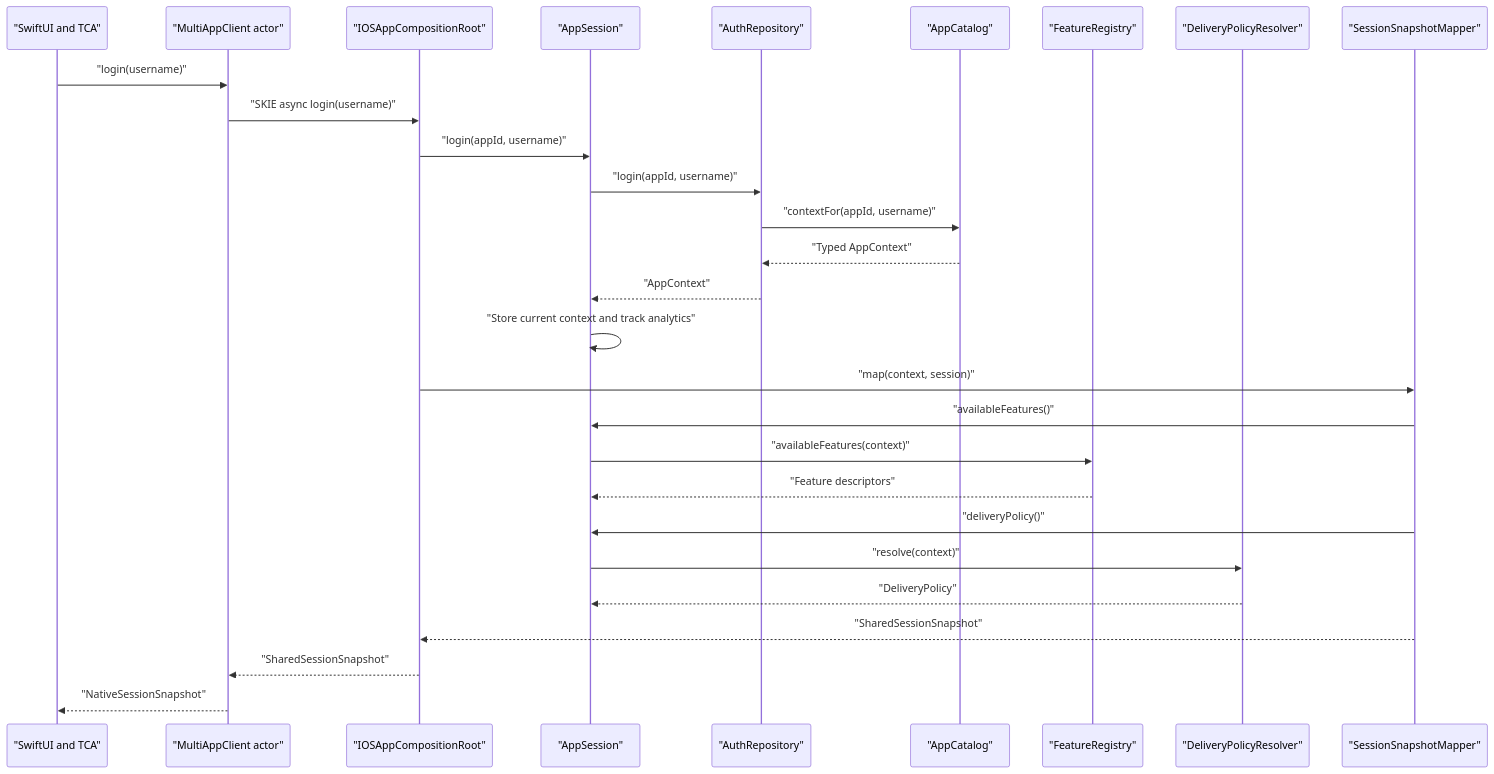
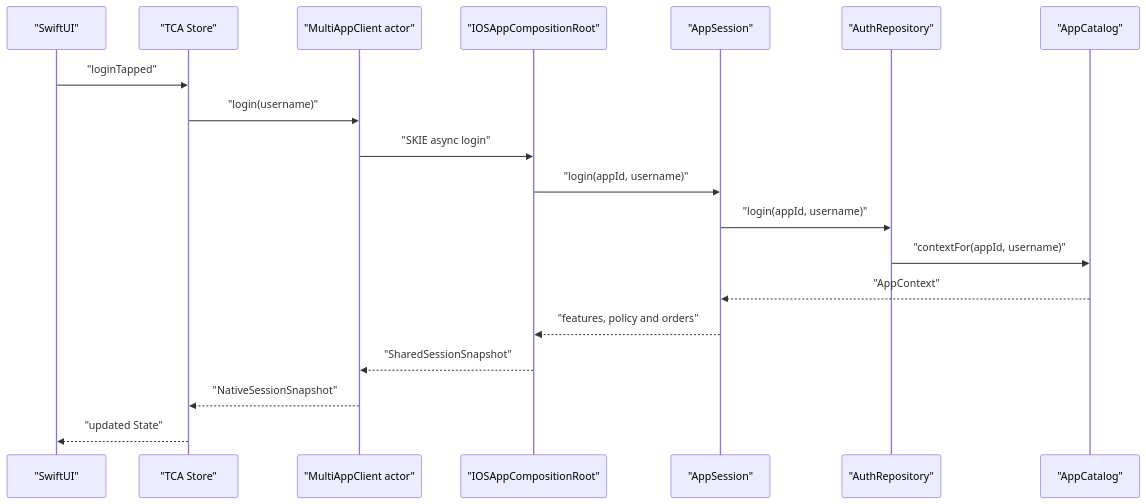
One commit to a-e-s-h-m-a/kmp-multi-app changed the second of 2 diagrams in README.md. Above: the diagram before and after it, drawn with Mermaid. The commit also changed other lines of this file, not shown here.

Commit message:
docs: clarify current multi-app architecture

````diff
--- a/README.md
+++ b/README.md
@@ -835,31 +292,22 @@
 ```mermaid
 sequenceDiagram
-    participant UI as "SwiftUI and TCA"
+    participant View as "SwiftUI"
+    participant Store as "TCA Store"
     participant Client as "MultiAppClient actor"
     participant Root as "IOSAppCompositionRoot"
     participant Session as "AppSession"
     participant Auth as "AuthRepository"
     participant Catalog as "AppCatalog"
-    participant Registry as "FeatureRegistry"
-    participant Policy as "DeliveryPolicyResolver"
-    participant Mapper as "SessionSnapshotMapper"
 
-    UI->>Client: "login(username)"
-    Client->>Root: "SKIE async login(username)"
+    View->>Store: "loginTapped"
+    Store->>Client: "login(username)"
+    Client->>Root: "SKIE async login"
     Root->>Session: "login(appId, username)"
     Session->>Auth: "login(appId, username)"
     Auth->>Catalog: "contextFor(appId, username)"
-    Catalog-->>Auth: "Typed AppContext"
-    Auth-->>Session: "AppContext"
-    Session->>Session: "Store current context and track analytics"
-    Root->>Mapper: "map(context, session)"
-    Mapper->>Session: "availableFeatures()"
-    Session->>Registry: "availableFeatures(context)"
-    Registry-->>Session: "Feature descriptors"
-    Mapper->>Session: "deliveryPolicy()"
-    Session->>Policy: "resolve(context)"
-    Policy-->>Session: "DeliveryPolicy"
-    Mapper-->>Root: "SharedSessionSnapshot"
+    Catalog-->>Session: "AppContext"
+    Session-->>Root: "features, policy and orders"
     Root-->>Client: "SharedSessionSnapshot"
-    Client-->>UI: "NativeSessionSnapshot"
+    Client-->>Store: "NativeSessionSnapshot"
+    Store-->>View: "updated State"
 ```
````
